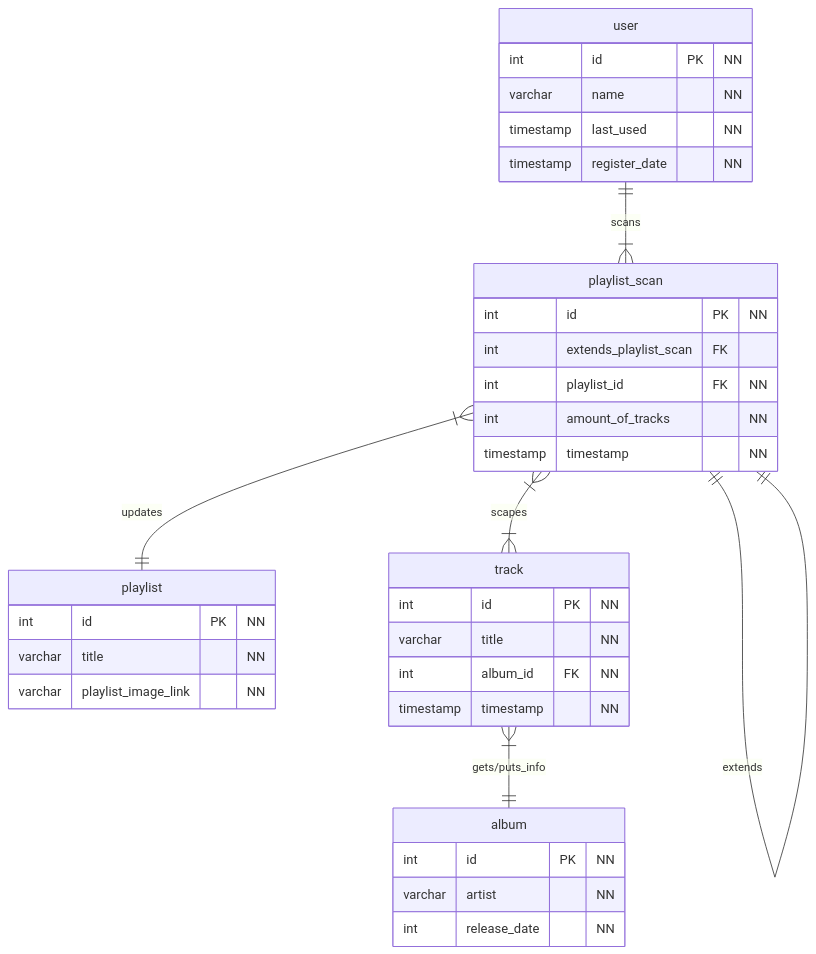
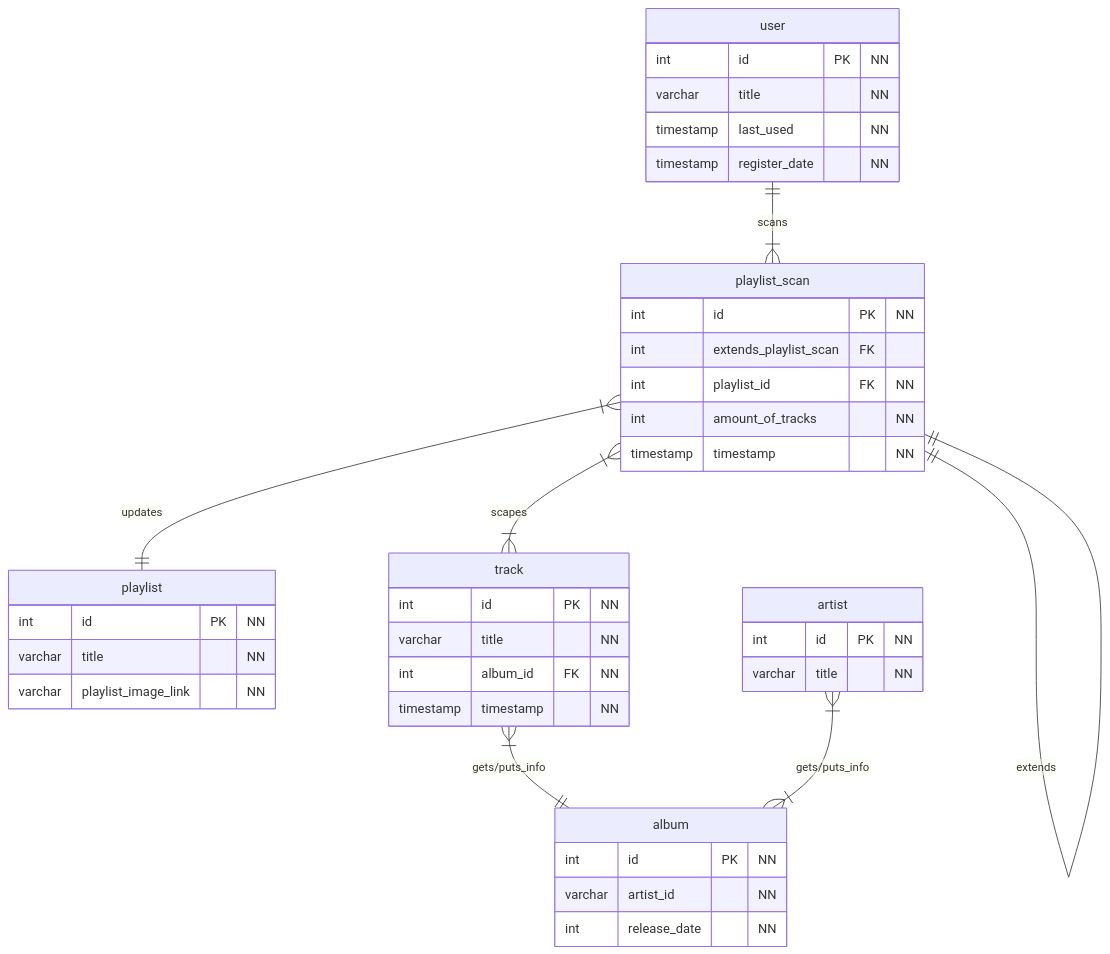
The diagram in README.md (david-auk/Mixster), drawn with Mermaid before and after one commit. The commit also changed 9 other files, not shown here.

````diff
--- a/README.md
+++ b/README.md
@@ -38,45 +38,51 @@
 ```mermaid
 erDiagram
     playlist_scan {
         int id PK "NN"
         int extends_playlist_scan FK
         int playlist_id FK "NN"
         int amount_of_tracks "NN"
         timestamp timestamp "NN"
     }
 
    playlist {
       int id PK "NN"
       varchar title "NN"
       varchar playlist_image_link "NN"
    }
     
     track {
         int id PK "NN"
         varchar title "NN"
         int album_id FK "NN"
         timestamp timestamp "NN"
     }
     
     album {
         int id PK "NN"
-        varchar artist "NN"
+        varchar artist_id "NN"
         int release_date "NN"
+    }
+    
+    artist {
+        int id PK "NN"
+        varchar title "NN"
     }
     
     user {
         int id PK "NN"
-        varchar name "NN"
+        varchar title "NN"
         timestamp last_used "NN"
         timestamp register_date "NN"
     }
     
     %% Relations
     
     user ||--|{ playlist_scan : "scans"
     playlist_scan }|--|| playlist : "updates"
     playlist_scan }|--|{ track : "scapes"
     playlist_scan ||--|| playlist_scan : "extends"
     track }|--|| album : "gets/puts_info"
+    artist }|--|{ album : "gets/puts_info"
     
 ```
````
